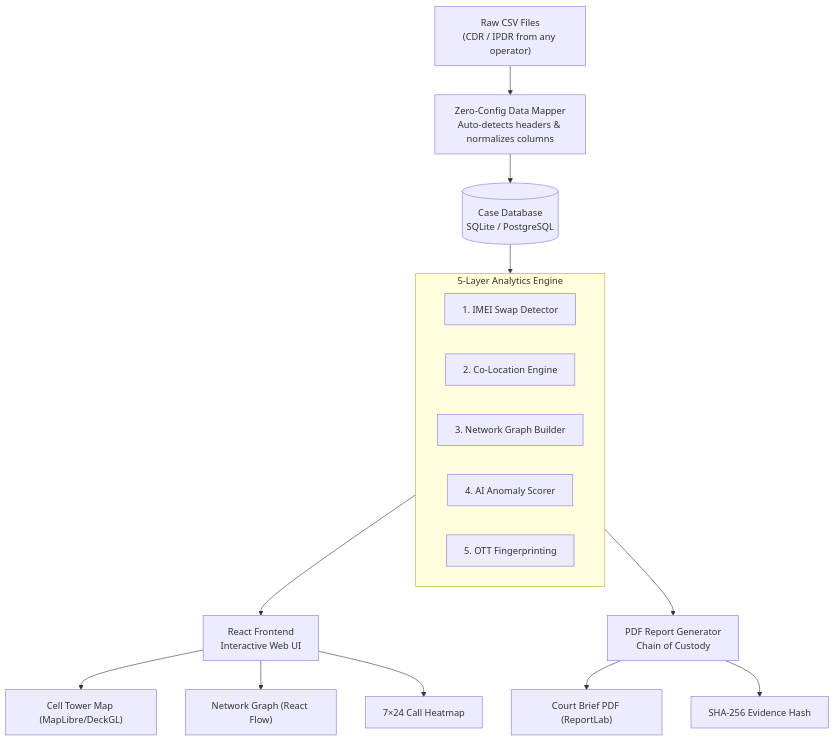
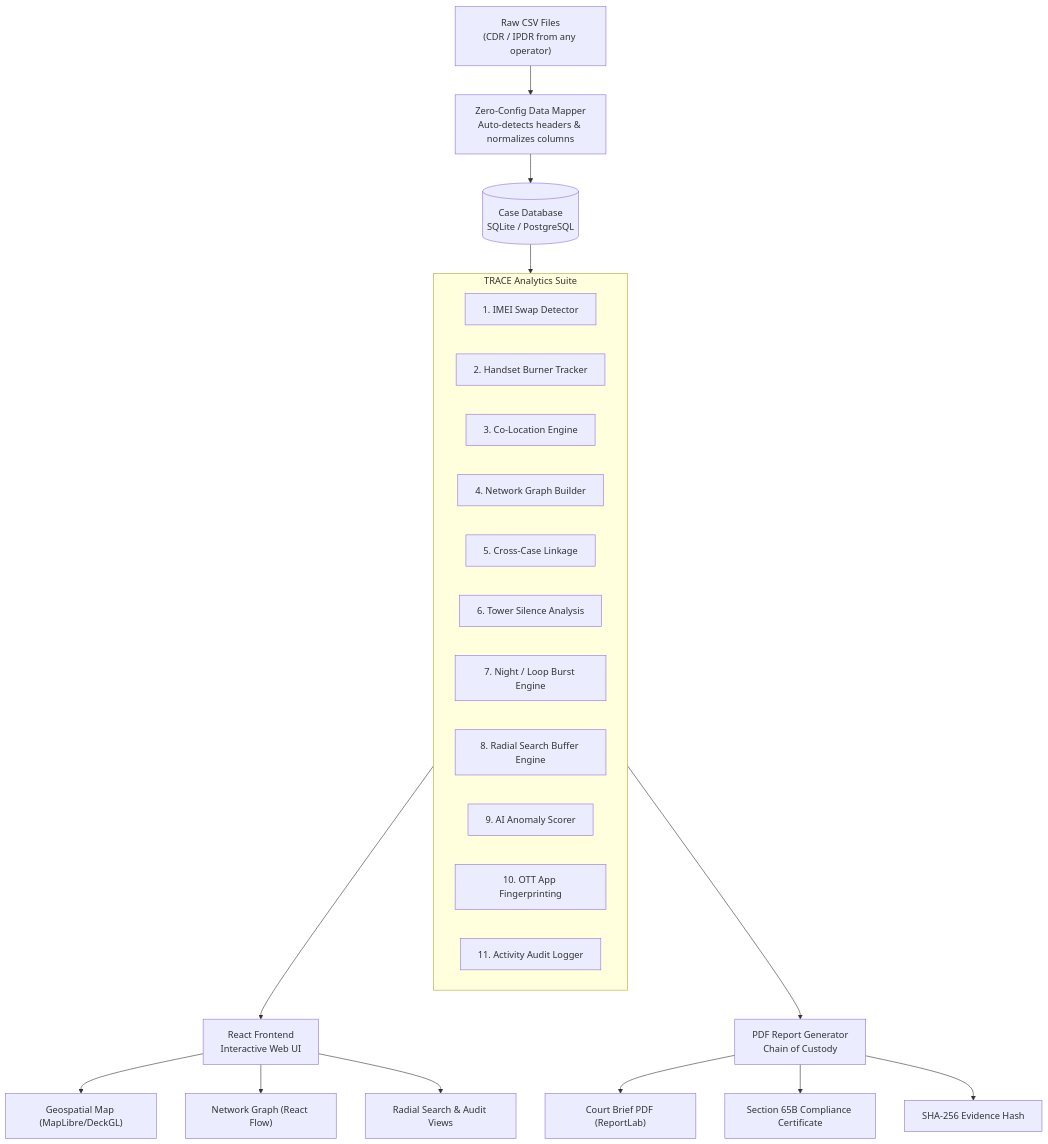
The first of 2 diagrams in README.md (hydra-eng/trace), drawn with Mermaid before and after one commit. The commit also changed other lines of this file and 15 other files, not shown here.

````diff
--- a/README.md
+++ b/README.md
@@ -135,24 +138,31 @@
 ```mermaid
 graph TD
     A["Raw CSV Files\n(CDR / IPDR from any operator)"] --> B["Zero-Config Data Mapper\nAuto-detects headers & normalizes columns"]
     B --> C[("Case Database\nSQLite / PostgreSQL")]
     C --> D["TRACE Analytics Engine"]
 
-    subgraph D ["5-Layer Analytics Engine"]
+    subgraph D ["TRACE Analytics Suite"]
         D1["1. IMEI Swap Detector"]
-        D2["2. Co-Location Engine"]
-        D3["3. Network Graph Builder"]
-        D4["4. AI Anomaly Scorer"]
-        D5["5. OTT Fingerprinting"]
+        D2["2. Handset Burner Tracker"]
+        D3["3. Co-Location Engine"]
+        D4["4. Network Graph Builder"]
+        D5["5. Cross-Case Linkage"]
+        D6["6. Tower Silence Analysis"]
+        D7["7. Night / Loop Burst Engine"]
+        D8["8. Radial Search Buffer Engine"]
+        D9["9. AI Anomaly Scorer"]
+        D10["10. OTT App Fingerprinting"]
+        D11["11. Activity Audit Logger"]
     end
 
     D --> E["React Frontend\nInteractive Web UI"]
     D --> F["PDF Report Generator\nChain of Custody"]
 
-    E --> E1["Cell Tower Map (MapLibre/DeckGL)"]
+    E --> E1["Geospatial Map (MapLibre/DeckGL)"]
     E --> E2["Network Graph (React Flow)"]
-    E --> E3["7×24 Call Heatmap"]
+    E --> E3["Radial Search & Audit Views"]
 
     F --> F1["Court Brief PDF (ReportLab)"]
-    F --> F2["SHA-256 Evidence Hash"]
+    F --> F2["Section 65B Compliance Certificate"]
+    F --> F3["SHA-256 Evidence Hash"]
 ```
````
